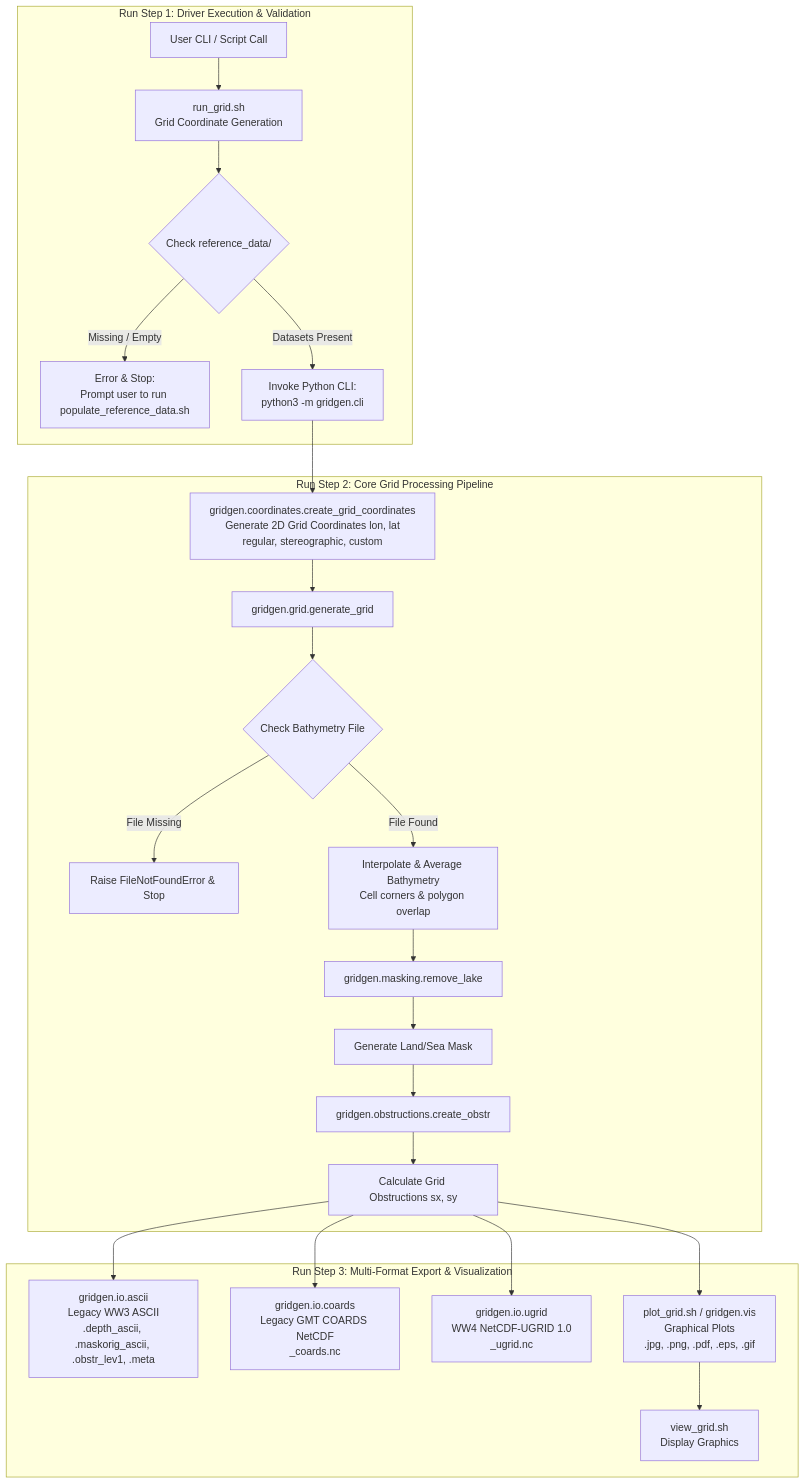
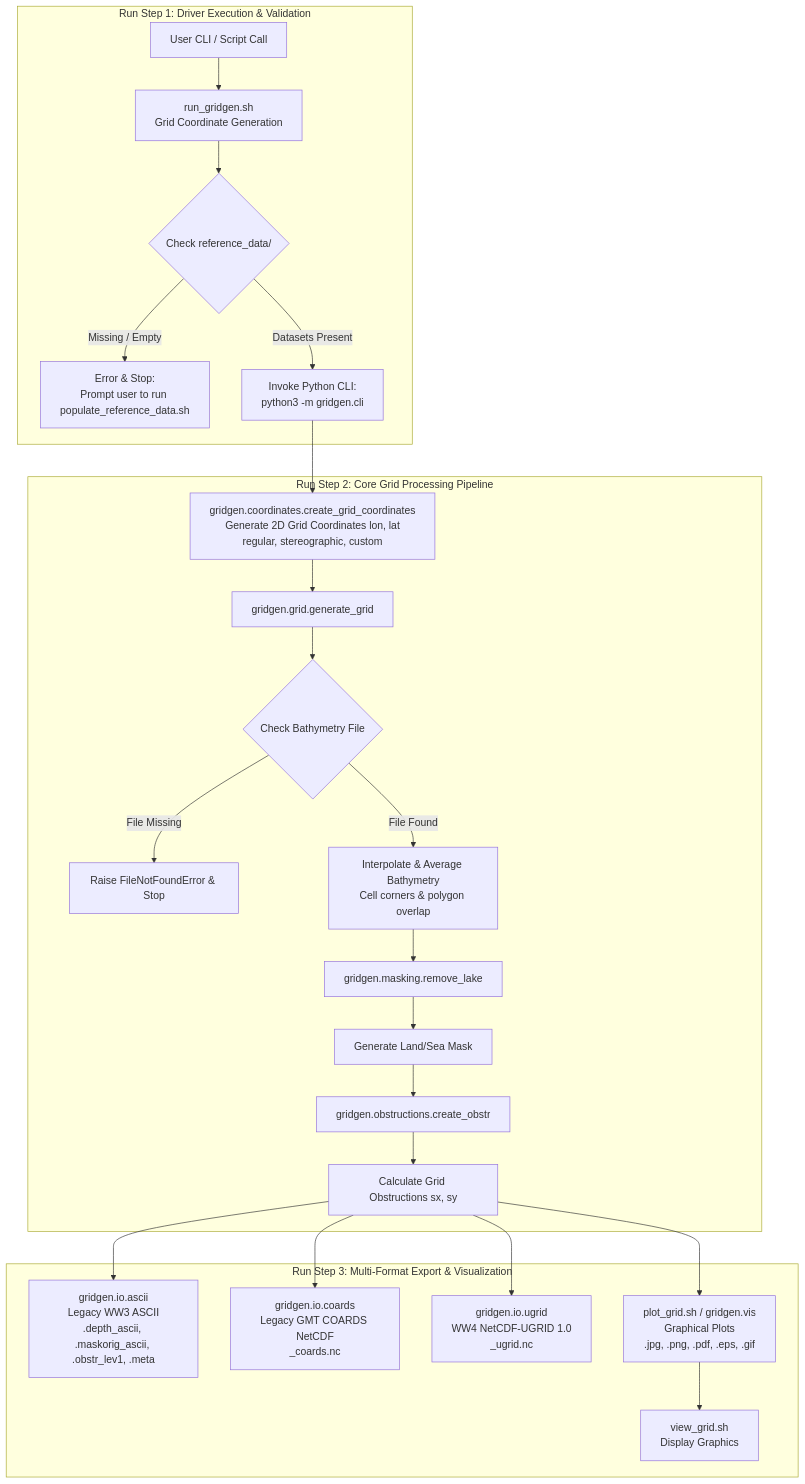
The second of 2 diagrams in ARCHITECTURE.md (HendrikTolman-NOAA/gridgen), drawn with Mermaid before and after one commit. The commit also changed other lines of this file, not shown here.

First line of the commit message:
doc: update ARCHITECTURE.md workflow and add code architecture

````diff
--- a/ARCHITECTURE.md
+++ b/ARCHITECTURE.md
@@ -45,31 +49,31 @@
 ```mermaid
 flowchart TD
     subgraph Run Step 1: Driver Execution & Validation
-        E[User CLI / Script Call] --> F[run_grid.sh<br/>Grid Coordinate Generation]
+        E[User CLI / Script Call] --> F[run_gridgen.sh<br/>Grid Coordinate Generation]
         F --> G{Check reference_data/}
         G -- Missing / Empty --> H[Error & Stop:<br/>Prompt user to run populate_reference_data.sh]
         G -- Datasets Present --> I[Invoke Python CLI:<br/>python3 -m gridgen.cli]
     end
 
     subgraph Run Step 2: Core Grid Processing Pipeline
         I --> J0[gridgen.coordinates.create_grid_coordinates<br/>Generate 2D Grid Coordinates lon, lat<br/>regular, stereographic, custom]
         J0 --> J[gridgen.grid.generate_grid]
         J --> K{Check Bathymetry File}
         K -- File Missing --> L[Raise FileNotFoundError & Stop]
         K -- File Found --> M[Interpolate & Average Bathymetry<br/>Cell corners & polygon overlap]
 
         M --> N[gridgen.masking.remove_lake]
         N --> O[Generate Land/Sea Mask]
 
         O --> P[gridgen.obstructions.create_obstr]
         P --> Q[Calculate Grid Obstructions sx, sy]
     end
 
     subgraph Run Step 3: Multi-Format Export & Visualization
         Q --> R1[gridgen.io.ascii<br/>Legacy WW3 ASCII<br/>.depth_ascii, .maskorig_ascii, .obstr_lev1, .meta]
         Q --> R2[gridgen.io.coards<br/>Legacy GMT COARDS NetCDF<br/>_coards.nc]
         Q --> R3[gridgen.io.ugrid<br/>WW4 NetCDF-UGRID 1.0<br/>_ugrid.nc]
         Q --> R4[plot_grid.sh / gridgen.vis<br/>Graphical Plots<br/>.jpg, .png, .pdf, .eps, .gif]
         R4 --> R5[view_grid.sh<br/>Display Graphics]
     end
 ```
````
